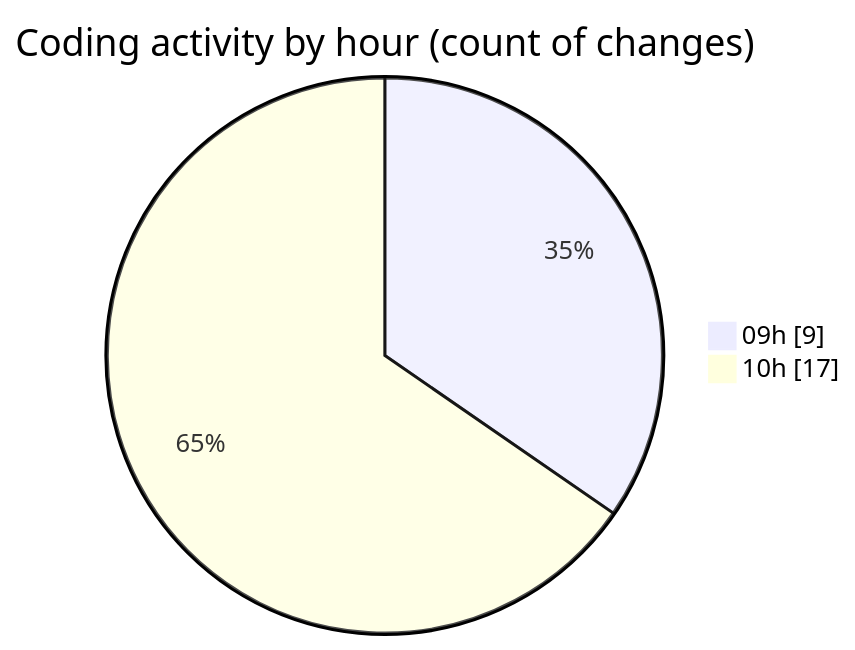
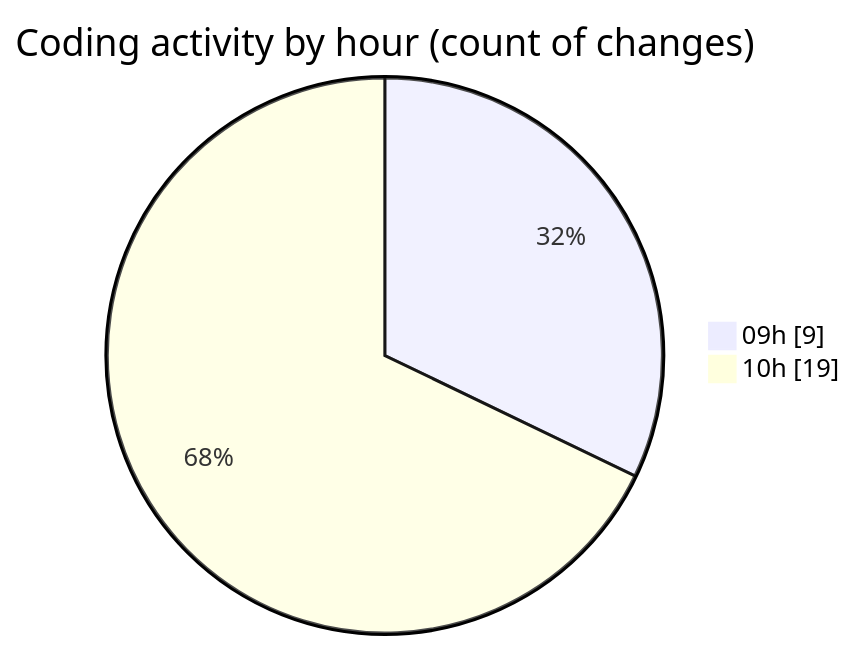
Before and after one commit to momahboobian/code-tracking: the second of 2 diagrams in 2025-02-04/cda/README.md, drawn with Mermaid. The commit also changed other lines of this file and 1 other file, not shown here.

````diff
--- a/2025-02-04/cda/README.md
+++ b/2025-02-04/cda/README.md
@@ -28,6 +28,6 @@
 ```mermaid
 pie showData
 title Coding activity by hour (count of changes)
 "09h" : 9
-"10h" : 17
+"10h" : 19
 ```
````
